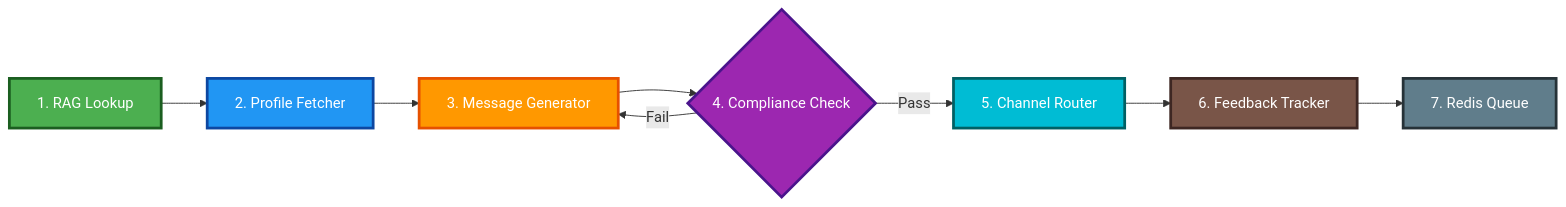
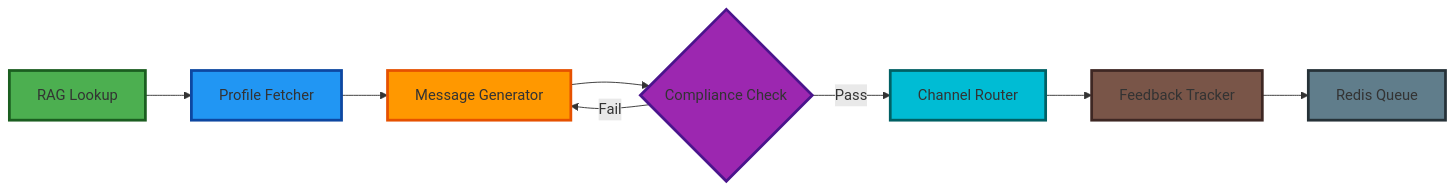
One commit to Harsimran-Dalal/lifesignal-sbi changed the second of 2 diagrams in README.md. Above: the diagram before and after it, drawn with Mermaid. The commit also changed other lines of this file, not shown here.

Commit message:
Fix Mermaid diagrams to use compatible graph syntax for GitHub rendering

````diff
--- a/README.md
+++ b/README.md
@@ -97,18 +77,18 @@
 ```mermaid
-flowchart LR
-    A["1. RAG Lookup"] --> B["2. Profile Fetcher"]
-    B --> C["3. Message Generator"]
-    C --> D{"4. Compliance Check"}
-    D -->|Pass| E["5. Channel Router"]
+graph LR
+    A[RAG Lookup] --> B[Profile Fetcher]
+    B --> C[Message Generator]
+    C --> D{Compliance Check}
+    D -->|Pass| E[Channel Router]
     D -->|Fail| C
-    E --> F["6. Feedback Tracker"]
-    F --> G["7. Redis Queue"]
+    E --> F[Feedback Tracker]
+    F --> G[Redis Queue]
     
-    style A fill:#4CAF50,stroke:#1B5E20,stroke-width:3px,color:#fff
-    style B fill:#2196F3,stroke:#0D47A1,stroke-width:3px,color:#fff
-    style C fill:#FF9800,stroke:#E65100,stroke-width:3px,color:#fff
-    style D fill:#9C27B0,stroke:#4A148C,stroke-width:3px,color:#fff
-    style E fill:#00BCD4,stroke:#006064,stroke-width:3px,color:#fff
-    style F fill:#795548,stroke:#3E2723,stroke-width:3px,color:#fff
-    style G fill:#607D8B,stroke:#263238,stroke-width:3px,color:#fff
+    style A fill:#4CAF50,stroke:#1B5E20,stroke-width:3px
+    style B fill:#2196F3,stroke:#0D47A1,stroke-width:3px
+    style C fill:#FF9800,stroke:#E65100,stroke-width:3px
+    style D fill:#9C27B0,stroke:#4A148C,stroke-width:3px
+    style E fill:#00BCD4,stroke:#006064,stroke-width:3px
+    style F fill:#795548,stroke:#3E2723,stroke-width:3px
+    style G fill:#607D8B,stroke:#263238,stroke-width:3px
 ```
````
